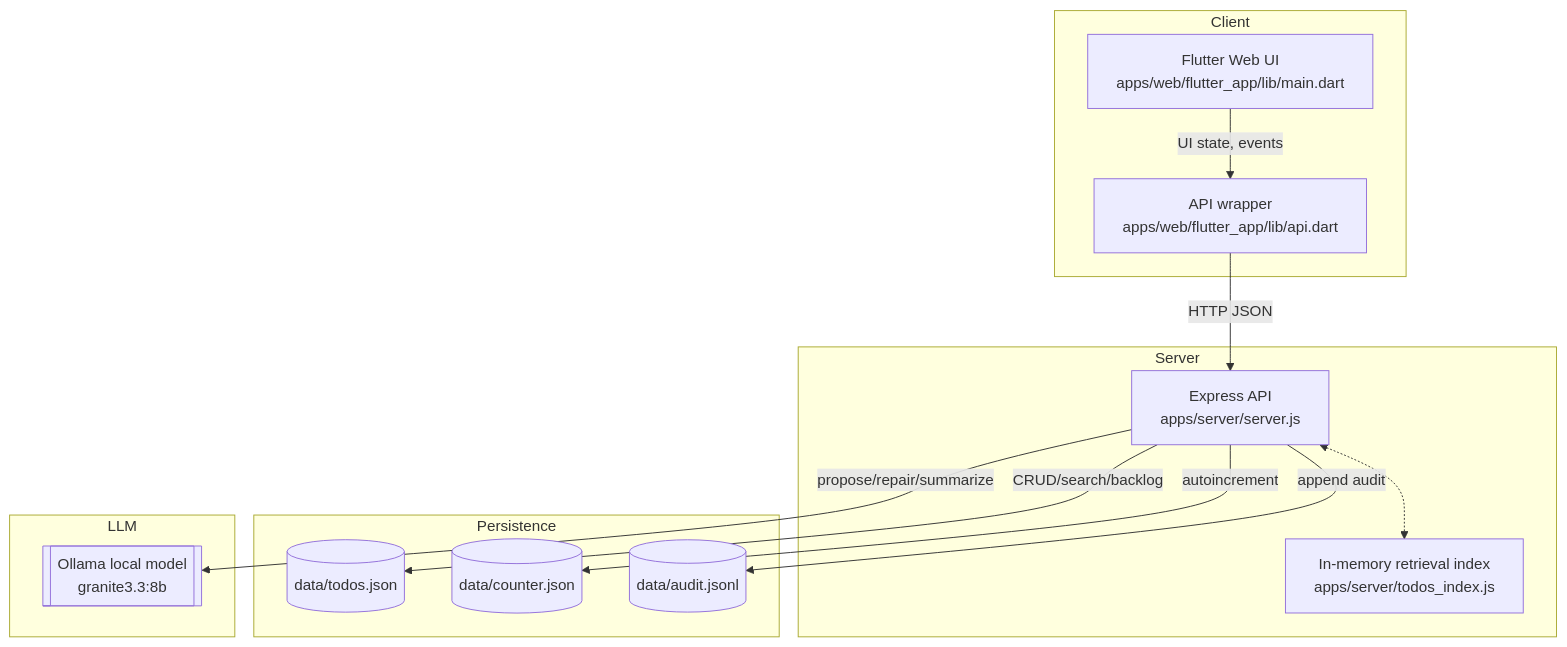
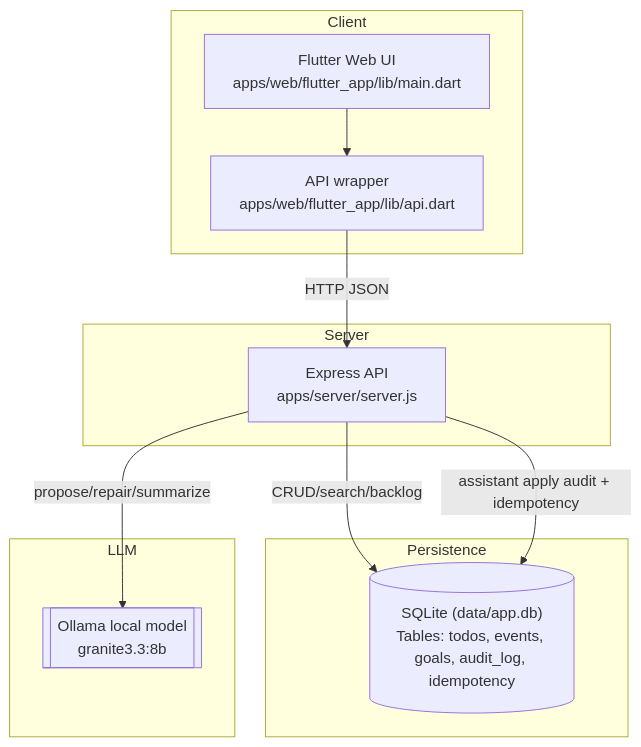
The first of 2 diagrams in docs/mindmap/README.md (dantheman454/habit_app), drawn with Mermaid before and after one commit. The commit also changed other lines of this file and 10 other files, not shown here.

Commit message:
refactor: remove bulk operation support from server and client; update validation to reject bulk operations; enhance documentation to reflect SQLite persistence and API changes; modularize server code for improved readability and maintainability

````diff
--- a/docs/mindmap/README.md
+++ b/docs/mindmap/README.md
@@ -7,27 +7,22 @@
 ```mermaid
 graph TD
-  subgraph Client
+  subgraph "Client"
     A["Flutter Web UI\napps/web/flutter_app/lib/main.dart"]
     A2["API wrapper\napps/web/flutter_app/lib/api.dart"]
   end
-  subgraph Server
+  subgraph "Server"
     B["Express API\napps/server/server.js"]
-    I["In-memory retrieval index\napps/server/todos_index.js"]
   end
-  subgraph Persistence
-    C[("data/todos.json")]
-    D[("data/counter.json")]
-    E[("data/audit.jsonl")]
+  subgraph "Persistence"
+    P[("SQLite (data/app.db)\nTables: todos, events, goals, audit_log, idempotency")]
   end
-  subgraph LLM
+  subgraph "LLM"
     F[["Ollama local model\ngranite3.3:8b"]]
   end
 
-  A -->|UI state, events| A2
-  A2 -->|HTTP JSON| B
-  B -->|CRUD/search/backlog| C
-  B -->|autoincrement| D
-  B -->|append audit| E
-  B -->|propose/repair/summarize| F
-  B <-.-> I
+  A --> A2
+  A2 -->|"HTTP JSON"| B
+  B -->|"CRUD/search/backlog"| P
+  B -->|"assistant apply audit + idempotency"| P
+  B -->|"propose/repair/summarize"| F
 ```
````
